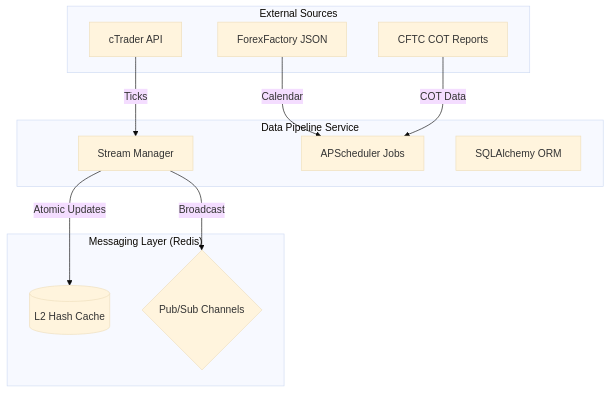
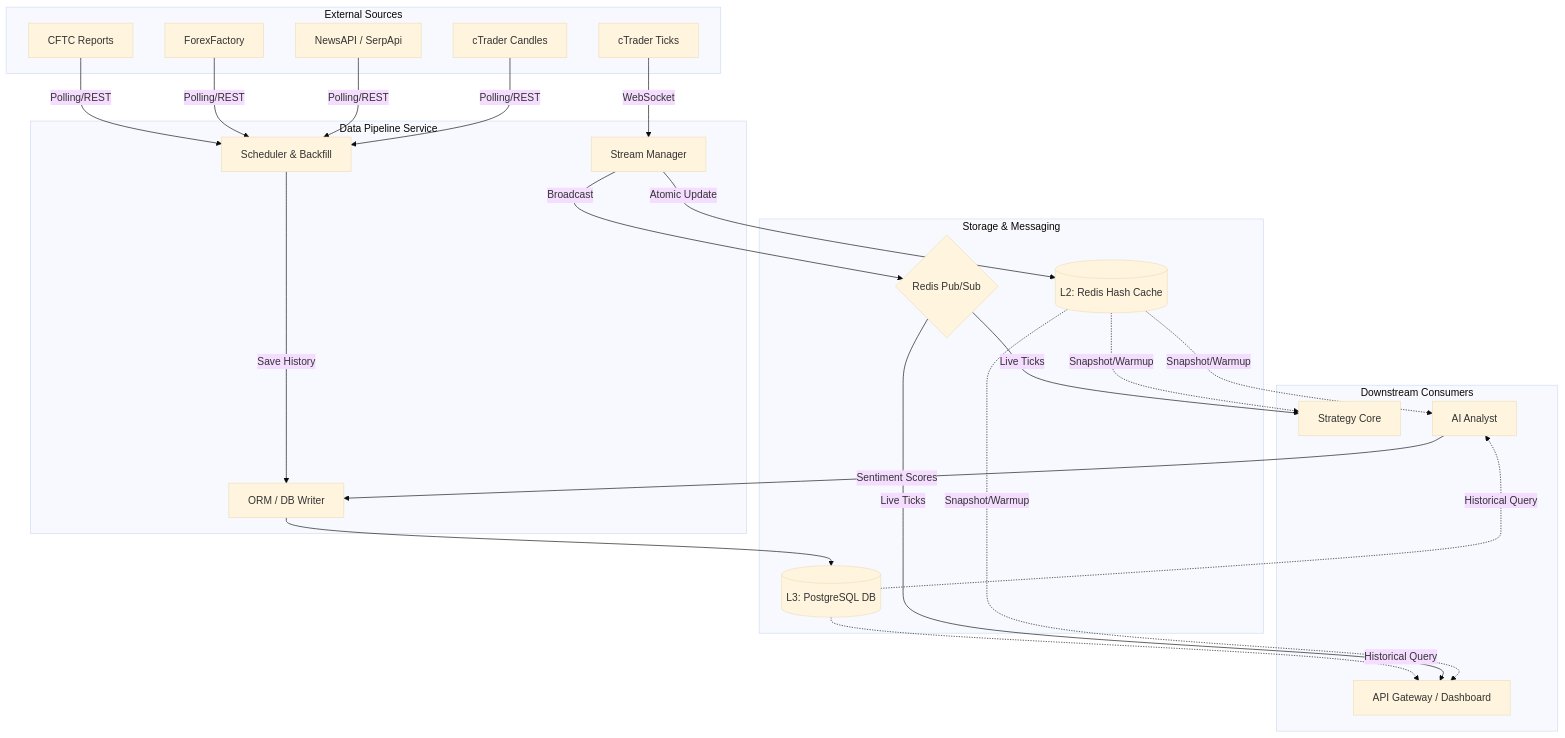
The diagram in services/data-pipeline/README.md (damrongsak/mtf-trading-system), drawn with Mermaid (base theme) before and after one commit. The commit also changed other lines of this file, not shown here.

Commit message:
docs(data-pipeline): improve Data Flow Diagram in README for comprehensive end-to-end visibility

````diff
--- a/services/data-pipeline/README.md
+++ b/services/data-pipeline/README.md
@@ -18,25 +20,46 @@
 ```mermaid
 graph TD
     subgraph External["External Sources"]
-        CT[cTrader API]
-        FF[ForexFactory JSON]
-        CFTC[CFTC COT Reports]
+        CT_Live[cTrader Ticks]
+        CT_Hist[cTrader Candles]
+        EXT_NEWS[NewsAPI / SerpApi]
+        EXT_CAL[ForexFactory]
+        EXT_COT[CFTC Reports]
     end
 
     subgraph DP["Data Pipeline Service"]
         Stream[Stream Manager]
-        Jobs[APScheduler Jobs]
-        DB_Sync[SQLAlchemy ORM]
+        Jobs[Scheduler & Backfill]
+        DB_Sync[ORM / DB Writer]
     end
 
-    subgraph Cache["Messaging Layer (Redis)"]
-        L2[(L2 Hash Cache)]
-        PubSub{Pub/Sub Channels}
+    subgraph Store["Storage & Messaging"]
+        L2[(L2: Redis Hash Cache)]
+        PubSub{Redis Pub/Sub}
+        L3[(L3: PostgreSQL DB)]
     end
 
-    CT -->|Ticks| Stream
-    Stream -->|Atomic Updates| L2
+    subgraph Consumers["Downstream Consumers"]
+        SC[Strategy Core]
+        AI[AI Analyst]
+        AGW[API Gateway / Dashboard]
+    end
+
+    %% Ingestion to Service
+    CT_Live -->|WebSocket| Stream
+    CT_Hist & EXT_NEWS & EXT_CAL & EXT_COT -->|Polling/REST| Jobs
+    
+    %% Service to Storage
+    Stream -->|Atomic Update| L2
     Stream -->|Broadcast| PubSub
-    FF -->|Calendar| Jobs
-    CFTC -->|COT Data| Jobs
+    Jobs -->|Save History| DB_Sync
+    DB_Sync --> L3
+
+    %% Storage to Consumers
+    L2 -.->|Snapshot/Warmup| SC & AI & AGW
+    PubSub -->|Live Ticks| SC & AGW
+    L3 -.->|Historical Query| AI & AGW
+
+    %% Feedback Loop
+    AI -->|Sentiment Scores| DB_Sync
 ```
````
